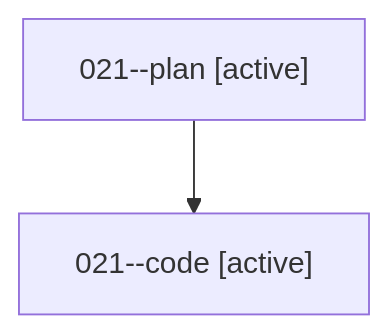
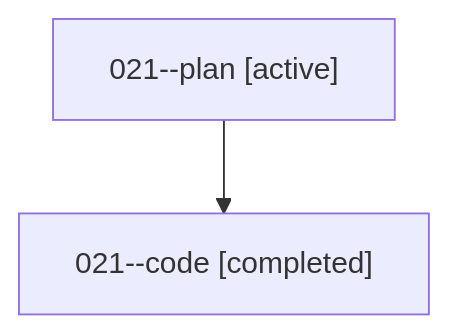
Before and after one commit to bobs-org/bob-cli--agents: the diagram in sessions/bbugyi200.athena.021.md, drawn with Mermaid. The commit also changed other lines of this file and 11 other files, not shown here.

````diff
--- a/sessions/bbugyi200.athena.021.md
+++ b/sessions/bbugyi200.athena.021.md
@@ -9,6 +9,6 @@
 ```mermaid
 flowchart TD
   n0["021--plan [active]"]
-  n1["021--code [active]"]
+  n1["021--code [completed]"]
   n0 --> n1
 ```
````
